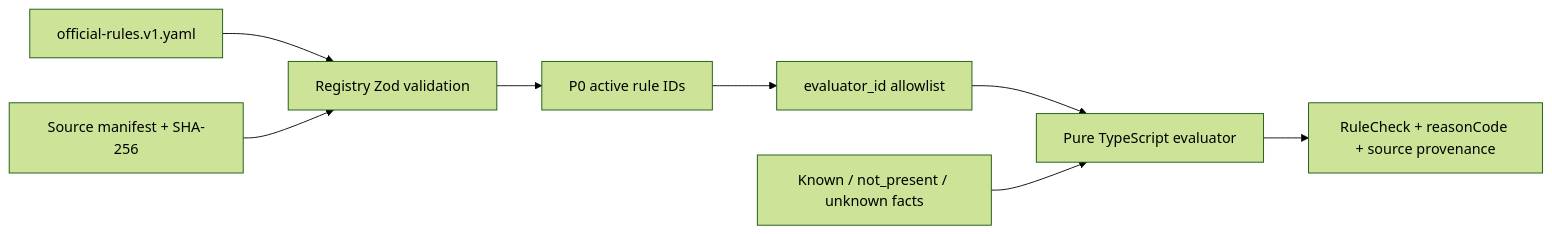
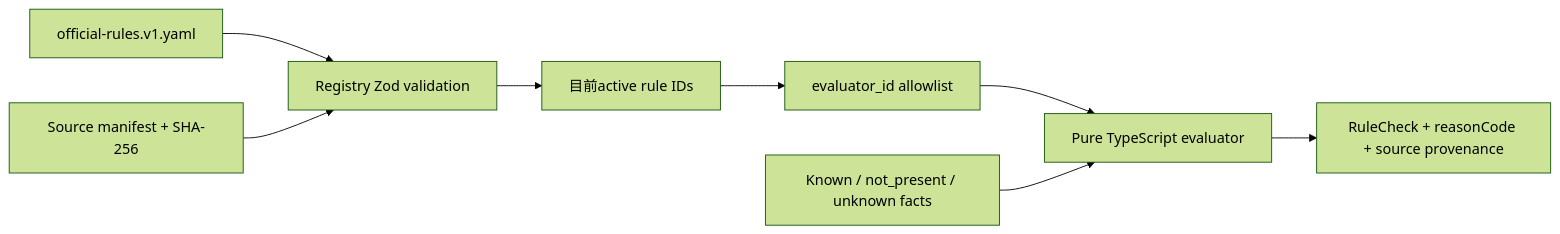
The eighth of 10 diagrams in docs/SYSTEM_ARCHITECTURE.md (borndaschen/RentProof), drawn with Mermaid (forest theme) before and after one commit. The commit also changed other lines of this file and 56 other files, not shown here.

````diff
--- a/docs/SYSTEM_ARCHITECTURE.md
+++ b/docs/SYSTEM_ARCHITECTURE.md
@@ -714,10 +715,10 @@
 ```mermaid
 flowchart LR
   YAML[official-rules.v1.yaml] --> VALIDATE[Registry Zod validation]
   SNAP[Source manifest + SHA-256] --> VALIDATE
-  VALIDATE --> PROFILE[P0 active rule IDs]
+  VALIDATE --> PROFILE[目前active rule IDs]
   PROFILE --> MAP[evaluator_id allowlist]
   MAP --> EVAL[Pure TypeScript evaluator]
   FACTS[Known / not_present / unknown facts] --> EVAL
   EVAL --> CHECK[RuleCheck + reasonCode + source provenance]
 ```
````
